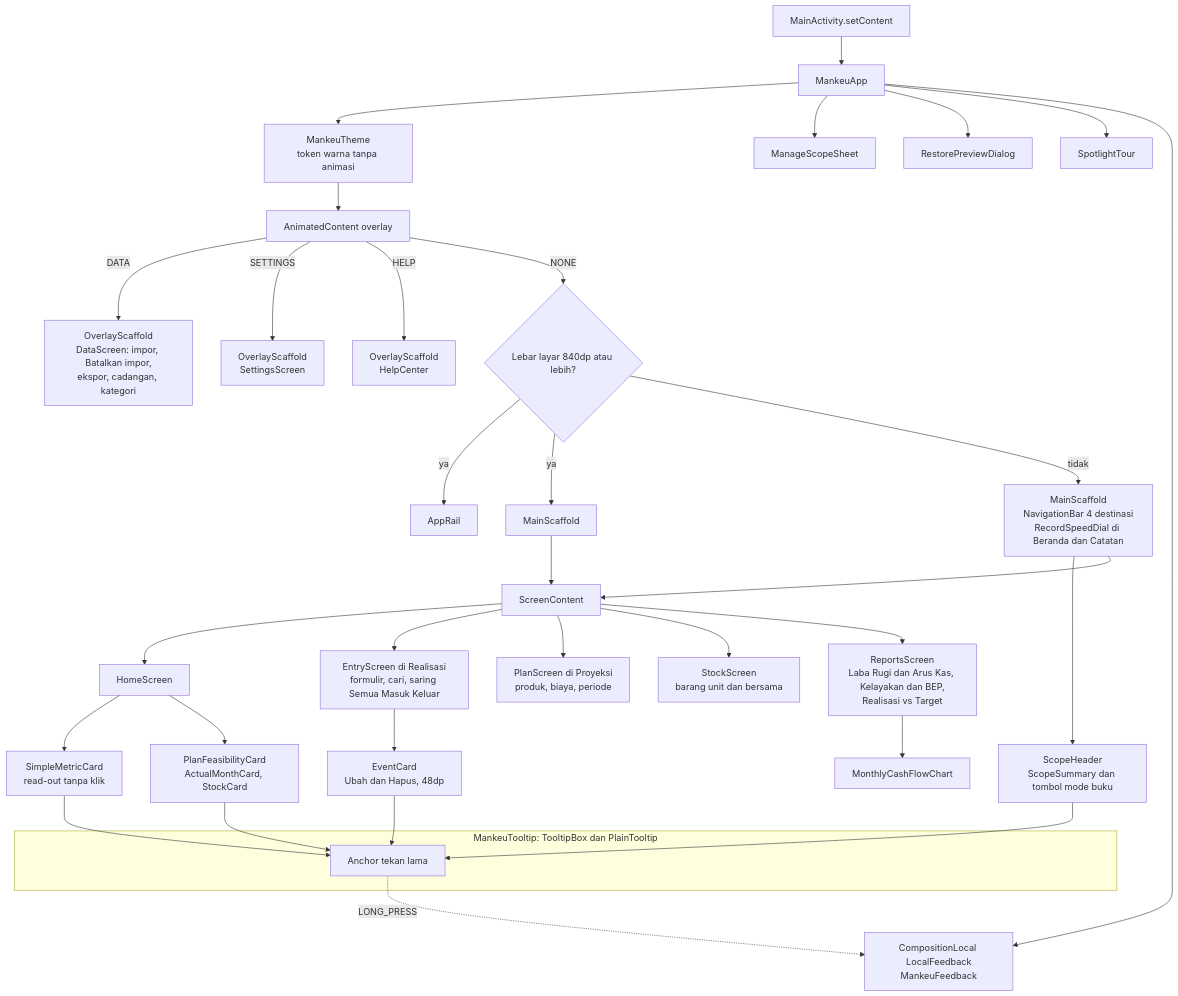
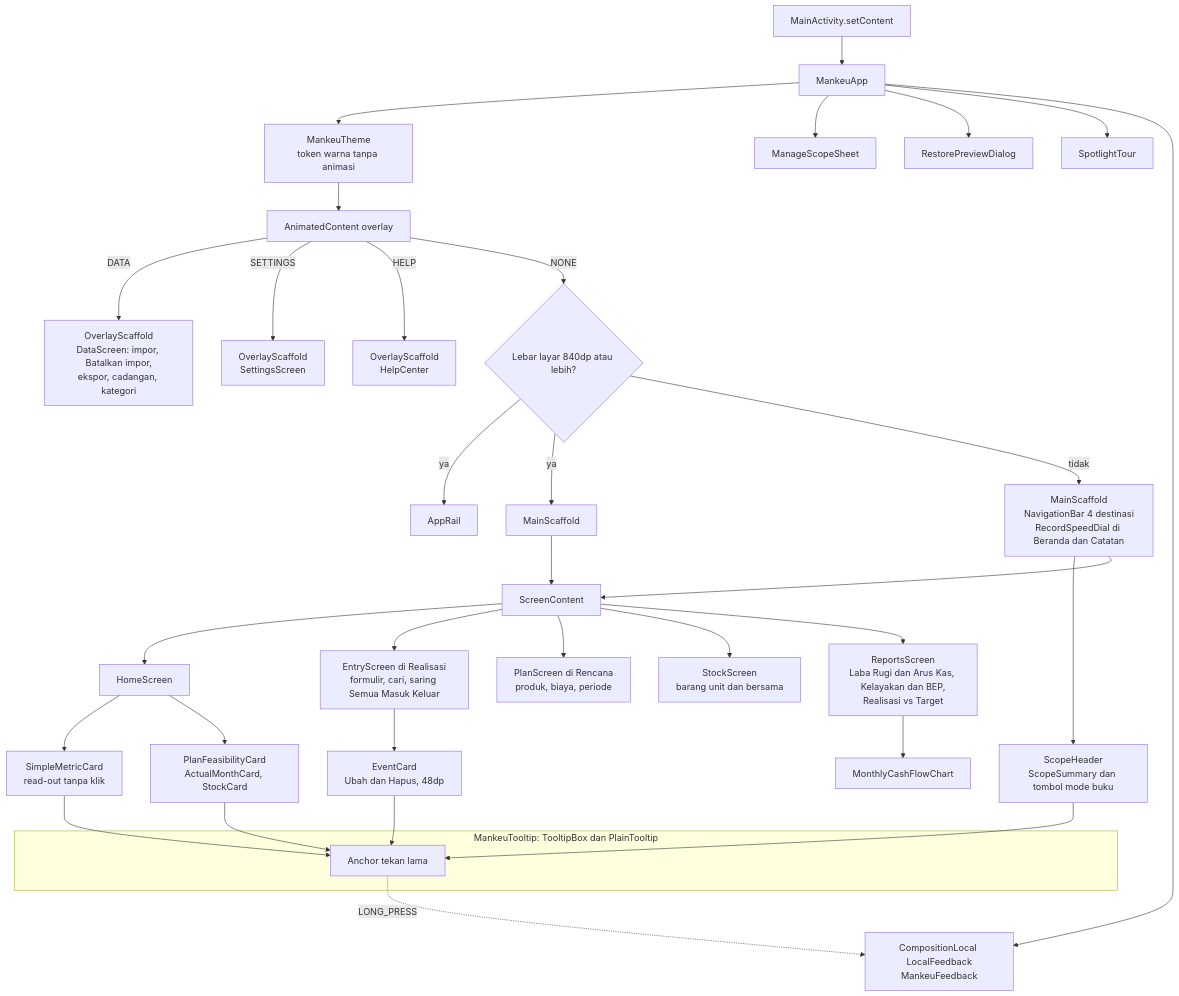
One commit to adsurkasur/Mankeu changed the second of 3 diagrams in docs/diagrams/02_architecture_diagram.md. Above: the diagram before and after it, drawn with Mermaid. The commit also changed other lines of this file and 94 other files, not shown here.

First line of the commit message:
feat(mankeu): sync between phones as a release feature (DEC-024, schema 12)

````diff
--- a/docs/diagrams/02_architecture_diagram.md
+++ b/docs/diagrams/02_architecture_diagram.md
@@ -71,38 +71,38 @@
 ```mermaid
 flowchart TD
     setContent["MainActivity.setContent"] --> mankeuApp["MankeuApp"]
     mankeuApp --> mankeuTheme["MankeuTheme<br/>token warna tanpa animasi"]
     mankeuTheme --> overlayContent["AnimatedContent overlay"]
     overlayContent -->|"DATA"| dataOverlay["OverlayScaffold<br/>DataScreen: impor, Batalkan impor,<br/>ekspor, cadangan, kategori"]
     overlayContent -->|"SETTINGS"| settingsOverlay["OverlayScaffold<br/>SettingsScreen"]
     overlayContent -->|"HELP"| helpOverlay["OverlayScaffold<br/>HelpCenter"]
     overlayContent -->|"NONE"| widthCheck{"Lebar layar 840dp atau lebih?"}
     widthCheck -->|"ya"| appRail["AppRail"]
     widthCheck -->|"ya"| mainScaffoldWide["MainScaffold"]
     widthCheck -->|"tidak"| mainScaffold["MainScaffold<br/>NavigationBar 4 destinasi<br/>RecordSpeedDial di Beranda dan Catatan"]
     mainScaffold --> scopeHeader["ScopeHeader<br/>ScopeSummary dan tombol mode buku"]
     mainScaffold --> screenContent["ScreenContent"]
     mainScaffoldWide --> screenContent
     screenContent --> homeScreen["HomeScreen"]
     screenContent --> entryScreen["EntryScreen di Realisasi<br/>formulir, cari, saring Semua Masuk Keluar"]
-    screenContent --> planScreen["PlanScreen di Proyeksi<br/>produk, biaya, periode"]
+    screenContent --> planScreen["PlanScreen di Rencana<br/>produk, biaya, periode"]
     screenContent --> stockScreen["StockScreen<br/>barang unit dan bersama"]
     screenContent --> reportsScreen["ReportsScreen<br/>Laba Rugi dan Arus Kas, Kelayakan dan BEP,<br/>Realisasi vs Target"]
     homeScreen --> metricCards["SimpleMetricCard<br/>read-out tanpa klik"]
     homeScreen --> planCards["PlanFeasibilityCard<br/>ActualMonthCard, StockCard"]
     entryScreen --> ledgerCard["EventCard<br/>Ubah dan Hapus, 48dp"]
     reportsScreen --> monthlyChart["MonthlyCashFlowChart"]
     mankeuApp --> scopeSheet["ManageScopeSheet"]
     mankeuApp --> restoreDialog["RestorePreviewDialog"]
     mankeuApp --> spotlightTour["SpotlightTour"]
     mankeuApp --> feedbackProvider["CompositionLocal LocalFeedback<br/>MankeuFeedback"]
 
     subgraph tooltipLayer ["MankeuTooltip: TooltipBox dan PlainTooltip"]
         tooltipAnchor["Anchor tekan lama"]
     end
     scopeHeader --> tooltipAnchor
     ledgerCard --> tooltipAnchor
     metricCards --> tooltipAnchor
     planCards --> tooltipAnchor
     tooltipAnchor -.->|"LONG_PRESS"| feedbackProvider
 ```
````
